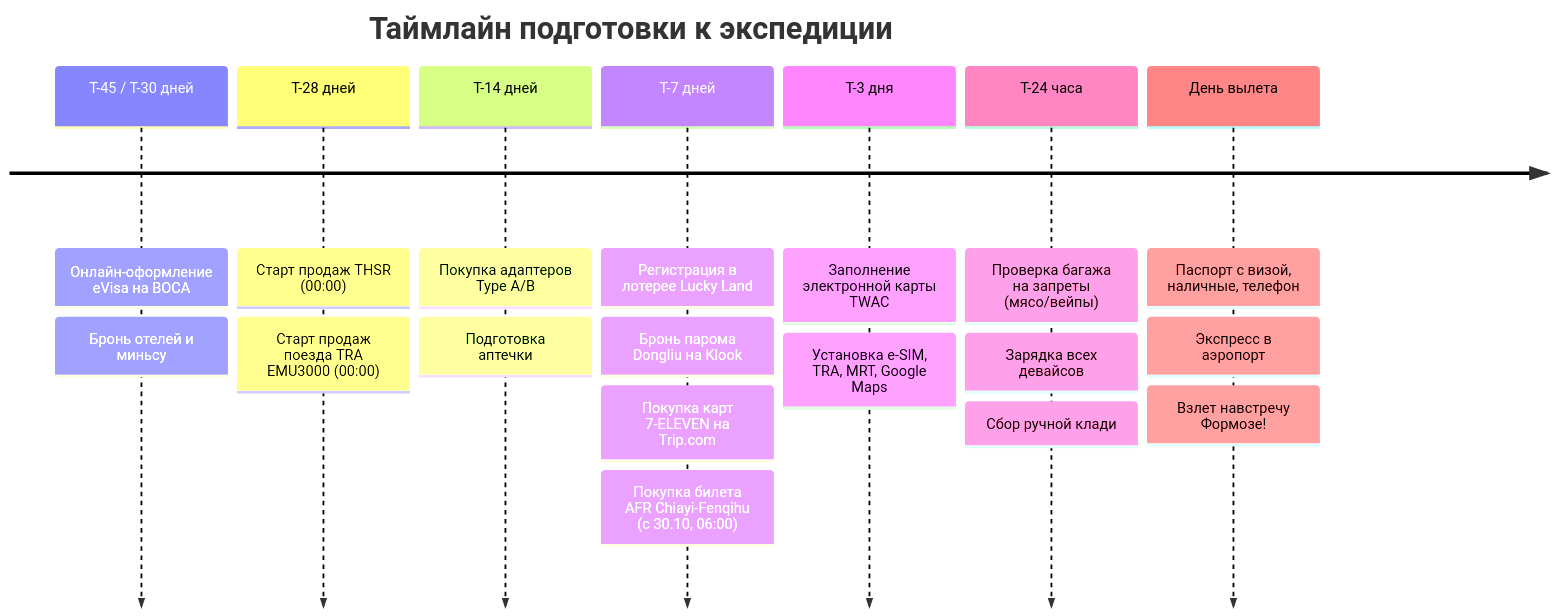
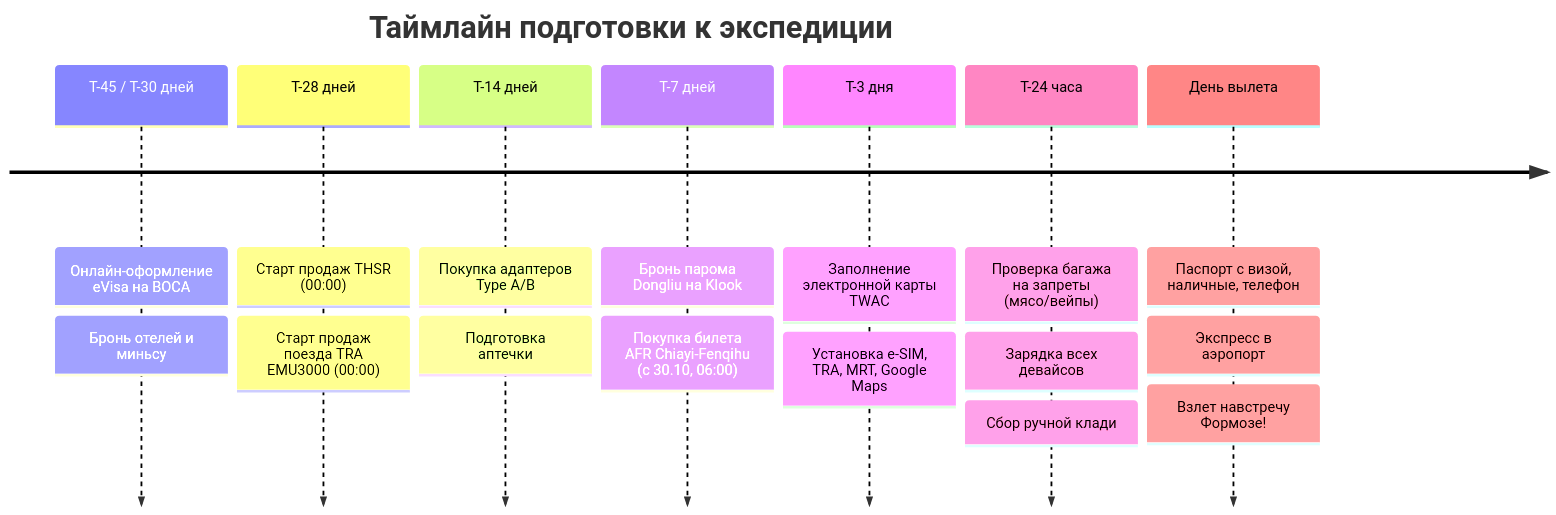
One commit to injurka/obsidian-mark changed the second of 2 diagrams in Personal Note/Travel/-- Taiwan/06 - Чек лист/Чек-лист подготовки и сборов.md. Above: the diagram before and after it, drawn with Mermaid. The commit also changed other lines of this file and 23 other files, not shown here.

````diff
--- a/Personal Note/Travel/-- Taiwan/06 - Чек лист/Чек-лист подготовки и сборов.md
+++ b/Personal Note/Travel/-- Taiwan/06 - Чек лист/Чек-лист подготовки и сборов.md
@@ -186,11 +185,11 @@
 ```mermaid
 timeline
     title Таймлайн подготовки к экспедиции
     T-45 / T-30 дней : Онлайн-оформление eVisa на BOCA : Бронь отелей и миньсу
     T-28 дней : Старт продаж THSR (00:00) : Старт продаж поезда TRA EMU3000 (00:00)
     T-14 дней : Покупка адаптеров Type A/B : Подготовка аптечки
-    T-7 дней : Регистрация в лотерее Lucky Land : Бронь парома Dongliu на Klook : Покупка карт 7-ELEVEN на Trip.com : Покупка билета AFR Chiayi-Fenqihu (с 30.10, 06:00)
+    T-7 дней : Бронь парома Dongliu на Klook : Покупка билета AFR Chiayi-Fenqihu (с 30.10, 06:00)
     T-3 дня : Заполнение электронной карты TWAC : Установка e-SIM, TRA, MRT, Google Maps
     T-24 часа : Проверка багажа на запреты (мясо/вейпы) : Зарядка всех девайсов : Сбор ручной клади
     День вылета : Паспорт с визой, наличные, телефон : Экспресс в аэропорт : Взлет навстречу Формозе!
 ```
````
